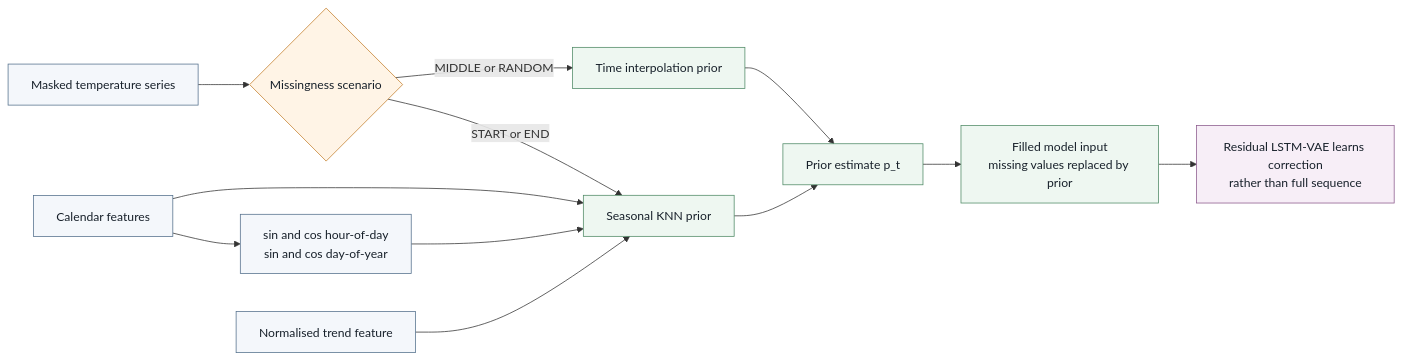
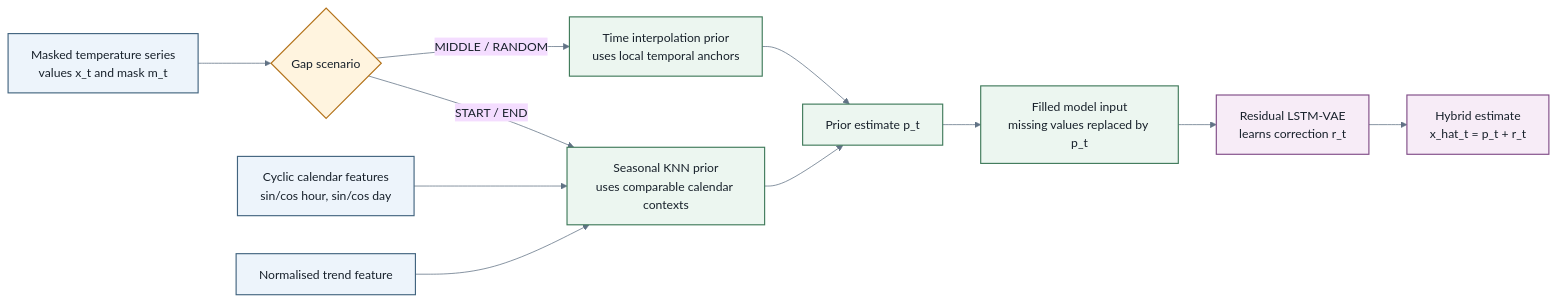
One commit to DevPrinceK/mphil changed the diagram in lvimputer/thesis/shapes/hybrid_prior_construction.mmd. Above: the diagram before and after it, drawn with Mermaid. The commit also changed 43 other files, not shown here.

```diff
--- a/lvimputer/thesis/shapes/hybrid_prior_construction.mmd
+++ b/lvimputer/thesis/shapes/hybrid_prior_construction.mmd
@@ -1,25 +1,27 @@
 %% Additional Chapter 3 diagram: Hybrid prior construction
+%% The prior is explicit because the model learns corrections around it, not a
+%% complete sequence from a zero-filled placeholder.
+%%{init: {"theme": "base", "themeVariables": {"fontFamily": "Segoe UI, Arial, sans-serif", "background": "transparent", "primaryTextColor": "#17202a", "lineColor": "#617285"}}}%%
 flowchart LR
-    A[Masked temperature series] --> B{Missingness scenario}
+    A["Masked temperature series<br/>values x_t and mask m_t"] --> B{"Gap scenario"}
 
-    B -->|MIDDLE or RANDOM| C[Time interpolation prior]
-    B -->|START or END| D[Seasonal KNN prior]
+    B -->|"MIDDLE / RANDOM"| C["Time interpolation prior<br/>uses local temporal anchors"]
+    B -->|"START / END"| D["Seasonal KNN prior<br/>uses comparable calendar contexts"]
 
-    E[Calendar features] --> D
-    E --> F[sin and cos hour-of-day<br/>sin and cos day-of-year]
-    F --> D
-    G[Normalised trend feature] --> D
+    E["Cyclic calendar features<br/>sin/cos hour, sin/cos day"] --> D
+    F["Normalised trend feature"] --> D
 
-    C --> H[Prior estimate p_t]
+    C --> H["Prior estimate p_t"]
     D --> H
-    H --> I[Filled model input<br/>missing values replaced by prior]
-    I --> J[Residual LSTM-VAE learns correction<br/>rather than full sequence]
+    H --> I["Filled model input<br/>missing values replaced by p_t"]
+    I --> J["Residual LSTM-VAE<br/>learns correction r_t"]
+    J --> K["Hybrid estimate<br/>x_hat_t = p_t + r_t"]
 
-    classDef input fill:#f4f7fb,stroke:#54708c,color:#17202a;
-    classDef decision fill:#fff4e6,stroke:#c47f2c,color:#17202a;
-    classDef prior fill:#eef7f1,stroke:#4f8a66,color:#17202a;
-    classDef model fill:#f7eef7,stroke:#8b5a8c,color:#17202a;
-    class A,E,F,G input;
+    classDef input fill:#edf4fb,stroke:#42647f,stroke-width:1.5px,color:#17202a;
+    classDef decision fill:#fff4df,stroke:#b37219,stroke-width:1.5px,color:#17202a;
+    classDef prior fill:#ecf6f0,stroke:#3f7a5a,stroke-width:1.5px,color:#17202a;
+    classDef model fill:#f7ecf7,stroke:#7f4b86,stroke-width:1.5px,color:#17202a;
+    class A,E,F input;
     class B decision;
     class C,D,H,I prior;
-    class J model;
+    class J,K model;
```
